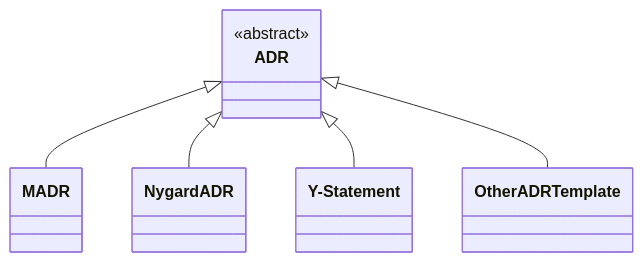
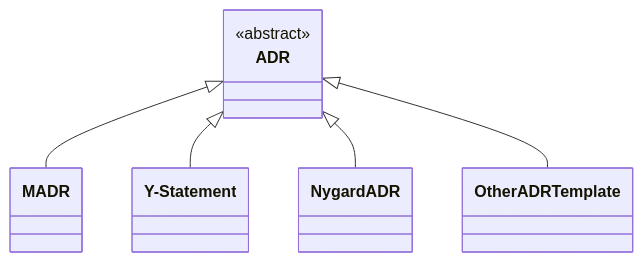
Before and after one commit to adr/adr.github.io: the diagram in index.md, drawn with Mermaid. The commit also changed other lines of this file, not shown here.

Commit message:
Swap Y-Statement and Nygard

````diff
--- a/index.md
+++ b/index.md
@@ -40,11 +40,11 @@
 ```mermaid
 classDiagram
   direction TB
   class ADR {
     <<abstract>>
   }
   ADR <|-- MADR
+  ADR <|-- Y-Statement
   ADR <|-- NygardADR
-  ADR <|-- Y-Statement
   ADR <|-- OtherADRTemplate
 ```
````
